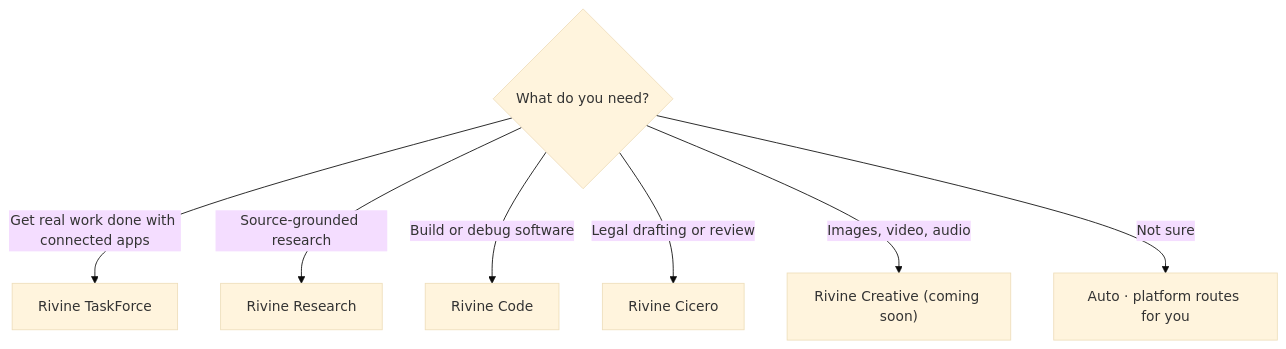
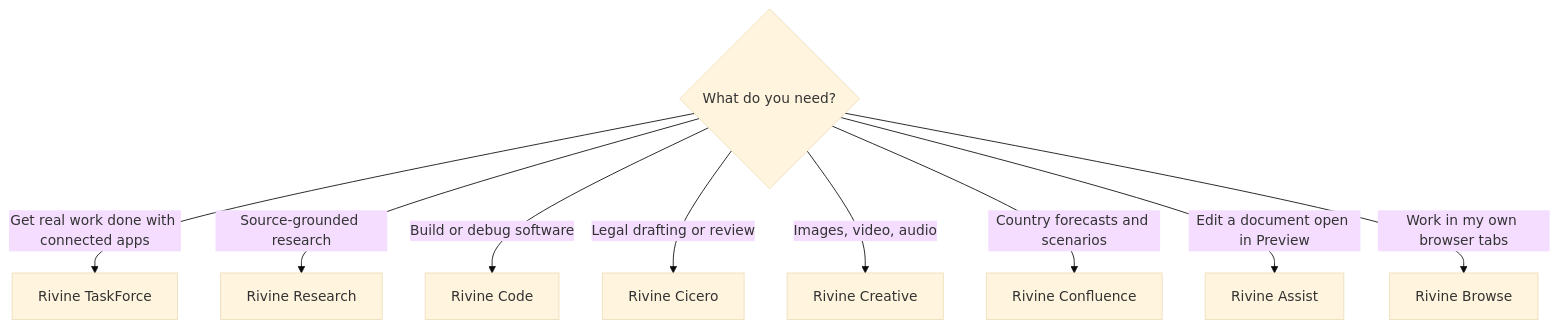
The seventh of 14 diagrams in Aselius Platform Documentations/aselius-workspace.md (Beunec/beunec-site-staging), drawn with Mermaid (base theme) before and after one commit. The commit also changed other lines of this file and 158 other files, not shown here.

````diff
--- a/Aselius Platform Documentations/aselius-workspace.md
+++ b/Aselius Platform Documentations/aselius-workspace.md
@@ -228,10 +227,12 @@
 ```mermaid
 flowchart TD
     Q{"What do you need?"}
     Q -->|"Get real work done with connected apps"| TF["Rivine TaskForce"]
     Q -->|"Source-grounded research"| R["Rivine Research"]
     Q -->|"Build or debug software"| CO["Rivine Code"]
     Q -->|"Legal drafting or review"| CI["Rivine Cicero"]
-    Q -->|"Images, video, audio"| CR["Rivine Creative (coming soon)"]
-    Q -->|"Not sure"| A["Auto · platform routes for you"]
+    Q -->|"Images, video, audio"| CR["Rivine Creative"]
+    Q -->|"Country forecasts and scenarios"| CF["Rivine Confluence"]
+    Q -->|"Edit a document open in Preview"| AS["Rivine Assist"]
+    Q -->|"Work in my own browser tabs"| BR["Rivine Browse"]
 ```
````
